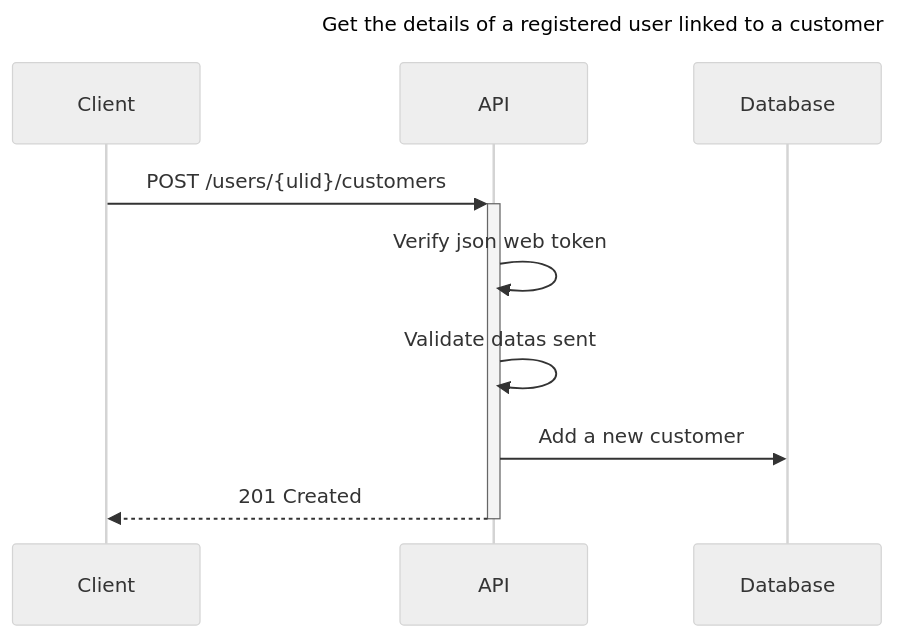
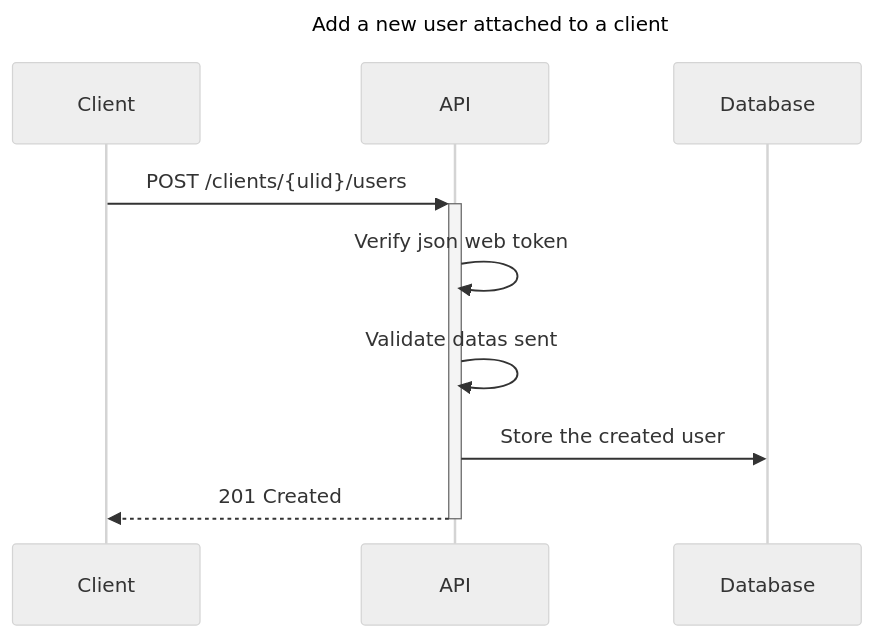
The diagram in docs/sequence/add_user.md (acecconato/AnthonyCecconato_7_12052023), drawn with Mermaid (neutral theme) before and after one commit. The commit also changed 8 other files, not shown here.

Commit message:
Refactor diagrams

````diff
--- a/docs/sequence/add_user.md
+++ b/docs/sequence/add_user.md
@@ -1,13 +1,13 @@
 ```mermaid
 sequenceDiagram
-title Get the details of a registered user linked to a customer
+title Add a new user attached to a client
 
-Client->>+API: POST /users/{ulid}/customers
+Client->>+API: POST /clients/{ulid}/users
 
 API->>API: Verify json web token
 API->>API: Validate datas sent
 
-API->>Database: Add a new customer
+API->>Database: Store the created user
 
 API-->>-Client: 201 Created
 ```
````
